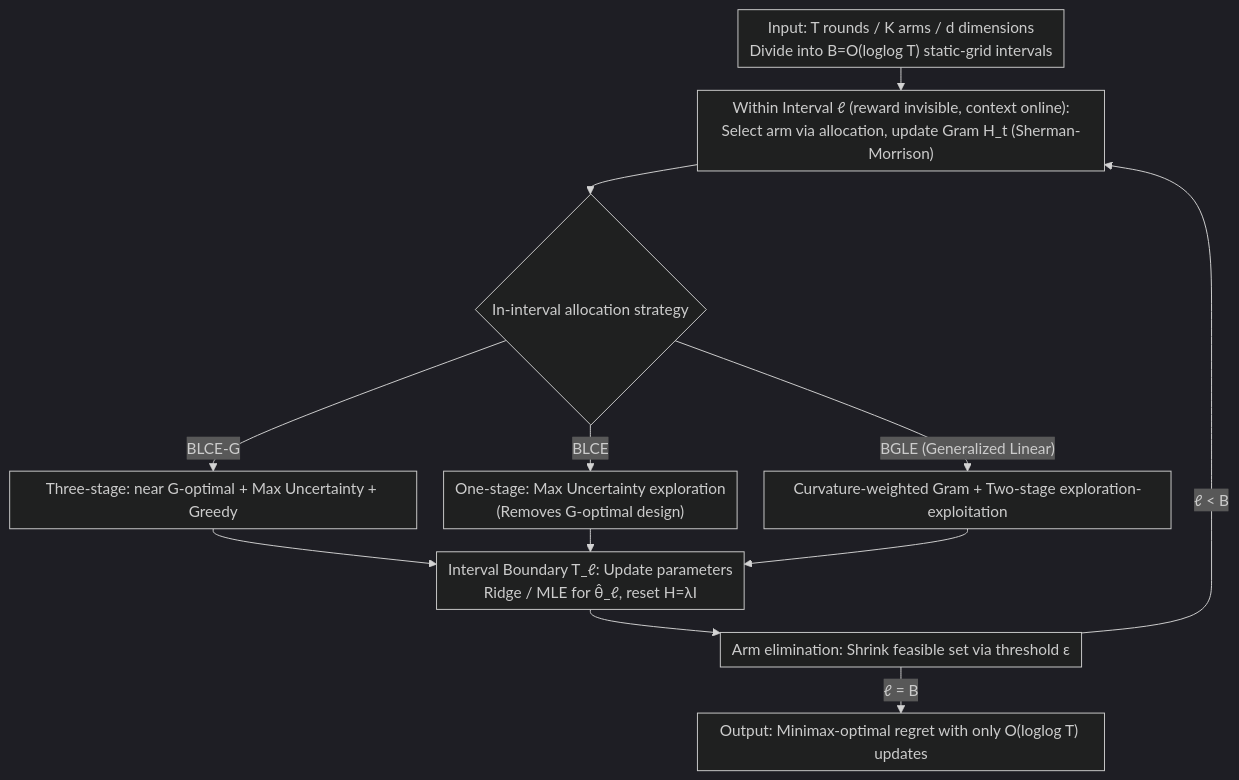
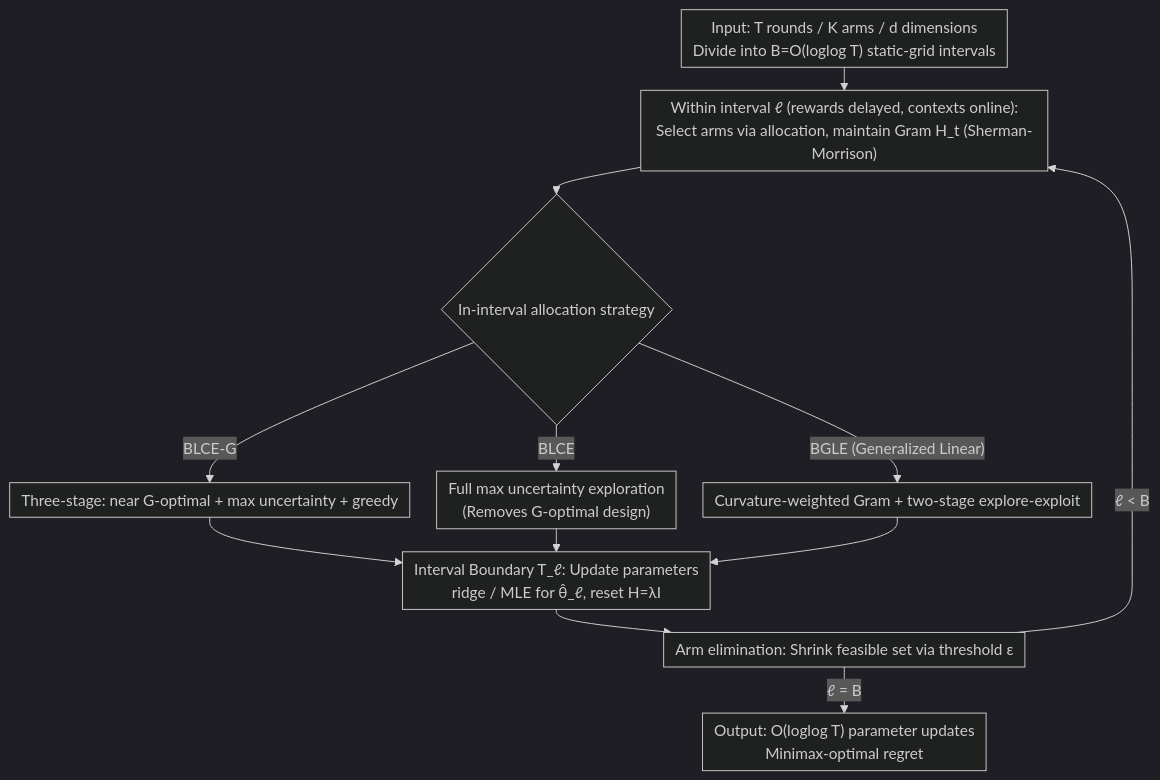
One commit to zhaoyang97/Paper-Notes-en changed the diagram in docs/ICML2026/reinforcement_learning/practical_and_optimal_algorithm_for_linear_contextual_bandits_with_rare_paramete.md. Above: the diagram before and after it, drawn with Mermaid (dark theme). The commit also changed other lines of this file and 5084 other files, not shown here.

````diff
--- a/docs/ICML2026/reinforcement_learning/practical_and_optimal_algorithm_for_linear_contextual_bandits_with_rare_paramete.md
+++ b/docs/ICML2026/reinforcement_learning/practical_and_optimal_algorithm_for_linear_contextual_bandits_with_rare_paramete.md
@@ -46,15 +46,15 @@
 ```mermaid
 %%{init: {'flowchart': {'rankSpacing': 24, 'nodeSpacing': 28, 'padding': 6, 'wrappingWidth': 400}}}%%
 flowchart TD
-    A["Input: T rounds / K arms / d dimensions<br/>Divide into B=O(loglog T) static-grid intervals"] --> B["Within Interval ℓ (reward invisible, context online):<br/>Select arm via allocation, update Gram H_t (Sherman-Morrison)"]
+    A["Input: T rounds / K arms / d dimensions<br/>Divide into B=O(loglog T) static-grid intervals"] --> B["Within interval ℓ (rewards delayed, contexts online):<br/>Select arms via allocation, maintain Gram H_t (Sherman-Morrison)"]
     B --> C{"In-interval allocation strategy"}
-    C -->|"BLCE-G"| C1["Three-stage: near G-optimal + Max Uncertainty + Greedy"]
-    C -->|"BLCE"| C2["One-stage: Max Uncertainty exploration<br/>(Removes G-optimal design)"]
-    C -->|"BGLE (Generalized Linear)"| C3["Curvature-weighted Gram + Two-stage exploration-exploitation"]
-    C1 --> D["Interval Boundary T_ℓ: Update parameters<br/>Ridge / MLE for θ̂_ℓ, reset H=λI"]
+    C -->|"BLCE-G"| C1["Three-stage: near G-optimal + max uncertainty + greedy"]
+    C -->|"BLCE"| C2["Full max uncertainty exploration<br/>(Removes G-optimal design)"]
+    C -->|"BGLE (Generalized Linear)"| C3["Curvature-weighted Gram + two-stage explore-exploit"]
+    C1 --> D["Interval Boundary T_ℓ: Update parameters<br/>ridge / MLE for θ̂_ℓ, reset H=λI"]
     C2 --> D
     C3 --> D
     D --> E["Arm elimination: Shrink feasible set via threshold ε"]
     E -->|"ℓ < B"| B
-    E -->|"ℓ = B"| F["Output: Minimax-optimal regret with only O(loglog T) updates"]
+    E -->|"ℓ = B"| F["Output: O(loglog T) parameter updates<br/>Minimax-optimal regret"]
 ```
````
